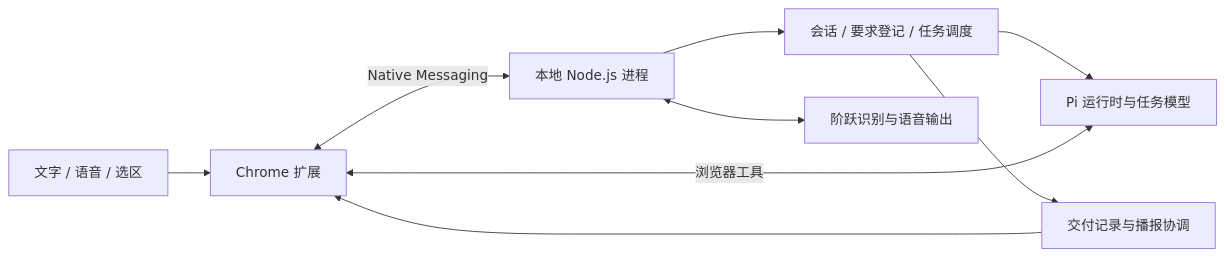
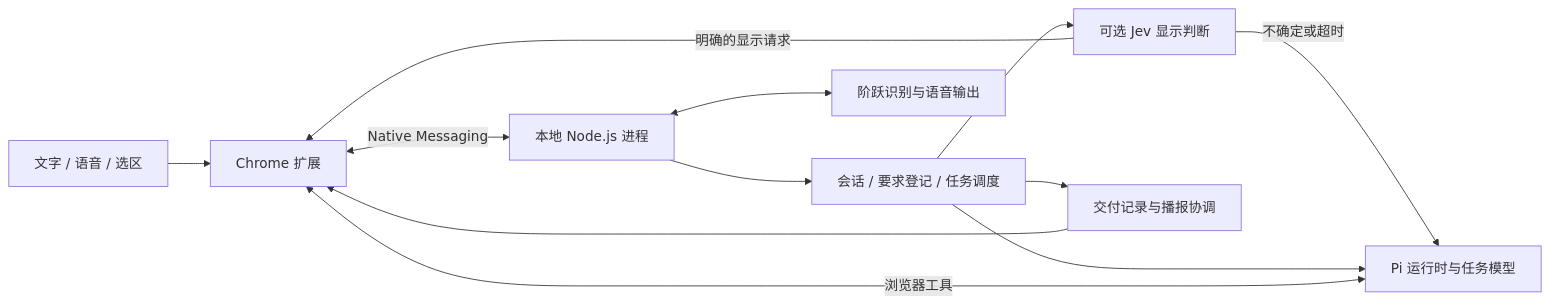
One commit to yishu-ziyu/By-Your-Side changed the diagram in README.md. Above: the diagram before and after it, drawn with Mermaid. The commit also changed other lines of this file and 134 other files, not shown here.

````diff
--- a/README.md
+++ b/README.md
@@ -123,11 +145,14 @@
 ```mermaid
 flowchart LR
   U[文字 / 语音 / 选区] --> E[Chrome 扩展]
   E <-->|Native Messaging| A[本地 Node.js 进程]
   A --> Q[会话 / 要求登记 / 任务调度]
+  Q --> J[可选 Jev 显示判断]
+  J -->|明确的显示请求| E
+  J -->|不确定或超时| P
   Q --> P[Pi 运行时与任务模型]
   P <-->|浏览器工具| E
   A <--> V[阶跃识别与语音输出]
   Q --> D[交付记录与播报协调]
   D --> E
 ```
````
